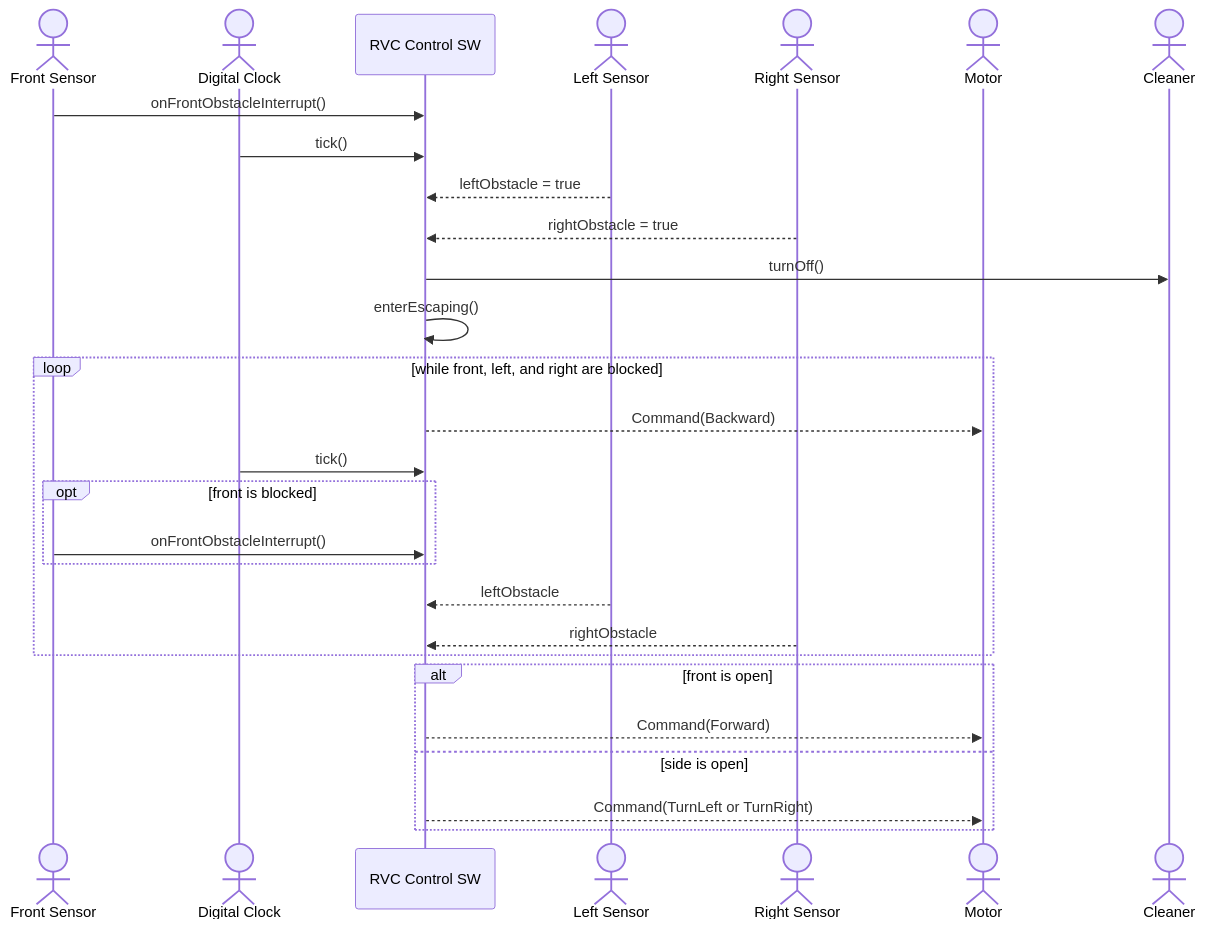
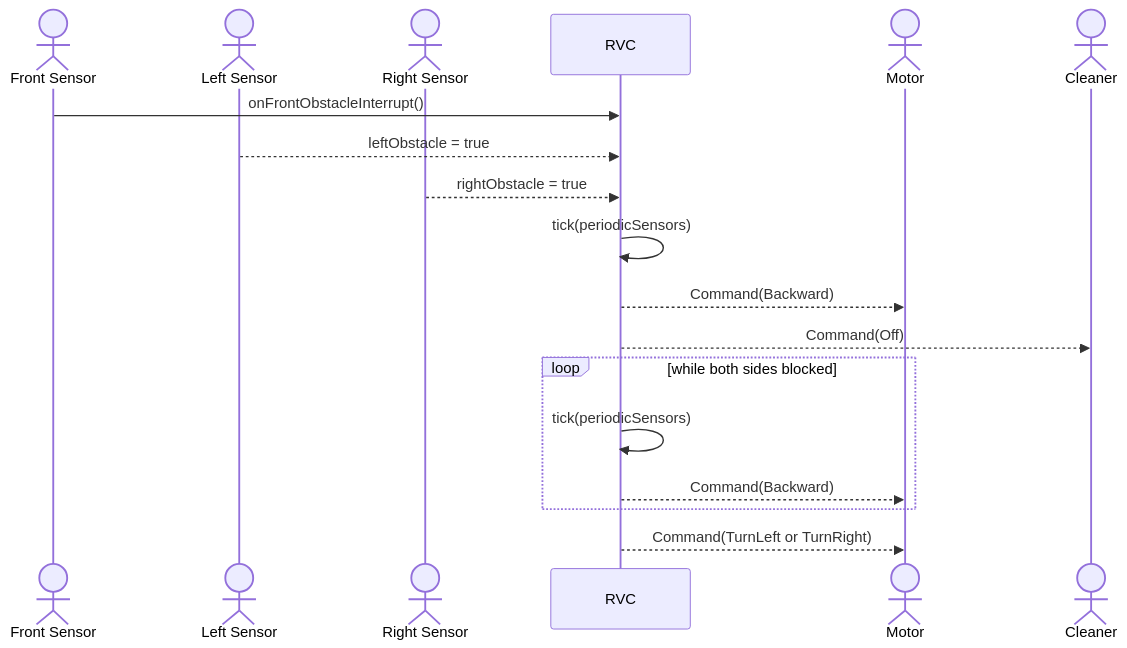
Before and after one commit to reload02/ooad-vibe: the fifth of 6 diagrams in docs/ooa_ssd.md, drawn with Mermaid. The commit also changed other lines of this file and 18 other files, not shown here.

First line of the commit message:
Refactor RVC architecture to enhance modularity and maintainability

````diff
--- a/docs/ooa_ssd.md
+++ b/docs/ooa_ssd.md
@@ -106,31 +71,21 @@
 ```mermaid
 sequenceDiagram
     actor FrontSensor as Front Sensor
-    actor Clock as Digital Clock
-    participant System as RVC Control SW
     actor LeftSensor as Left Sensor
     actor RightSensor as Right Sensor
+    participant RVC as RVC
     actor Motor
     actor Cleaner
 
-    FrontSensor->>System: onFrontObstacleInterrupt()
-    Clock->>System: tick()
-    LeftSensor-->>System: leftObstacle = true
-    RightSensor-->>System: rightObstacle = true
-    System->>Cleaner: turnOff()
-    System->>System: enterEscaping()
-    loop while front, left, and right are blocked
-        System-->>Motor: Command(Backward)
-        Clock->>System: tick()
-        opt front is blocked
-            FrontSensor->>System: onFrontObstacleInterrupt()
-        end
-        LeftSensor-->>System: leftObstacle
-        RightSensor-->>System: rightObstacle
+    FrontSensor->>RVC: onFrontObstacleInterrupt()
+    LeftSensor-->>RVC: leftObstacle = true
+    RightSensor-->>RVC: rightObstacle = true
+    RVC->>RVC: tick(periodicSensors)
+    RVC-->>Motor: Command(Backward)
+    RVC-->>Cleaner: Command(Off)
+    loop while both sides blocked
+        RVC->>RVC: tick(periodicSensors)
+        RVC-->>Motor: Command(Backward)
     end
-    alt front is open
-        System-->>Motor: Command(Forward)
-    else side is open
-        System-->>Motor: Command(TurnLeft or TurnRight)
-    end
+    RVC-->>Motor: Command(TurnLeft or TurnRight)
 ```
````
